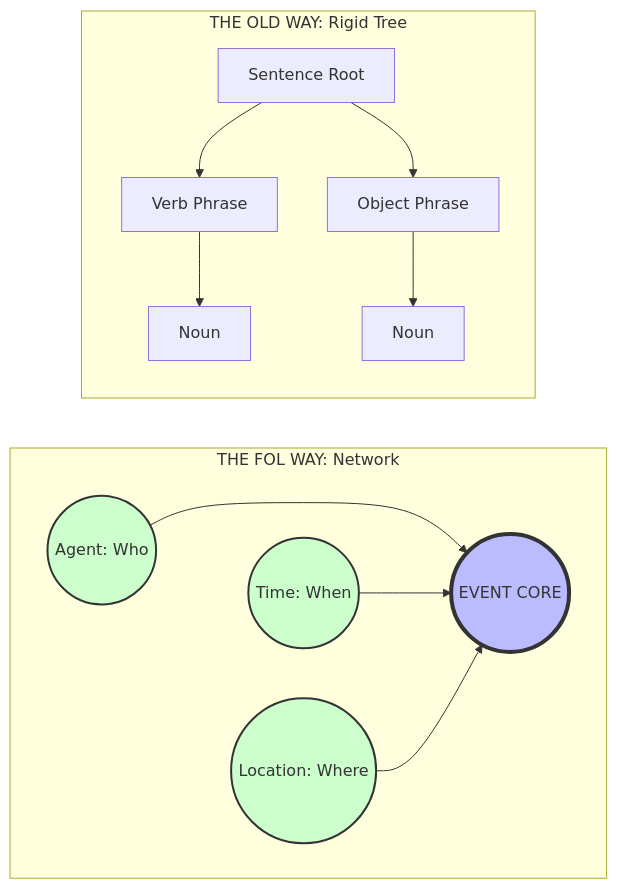
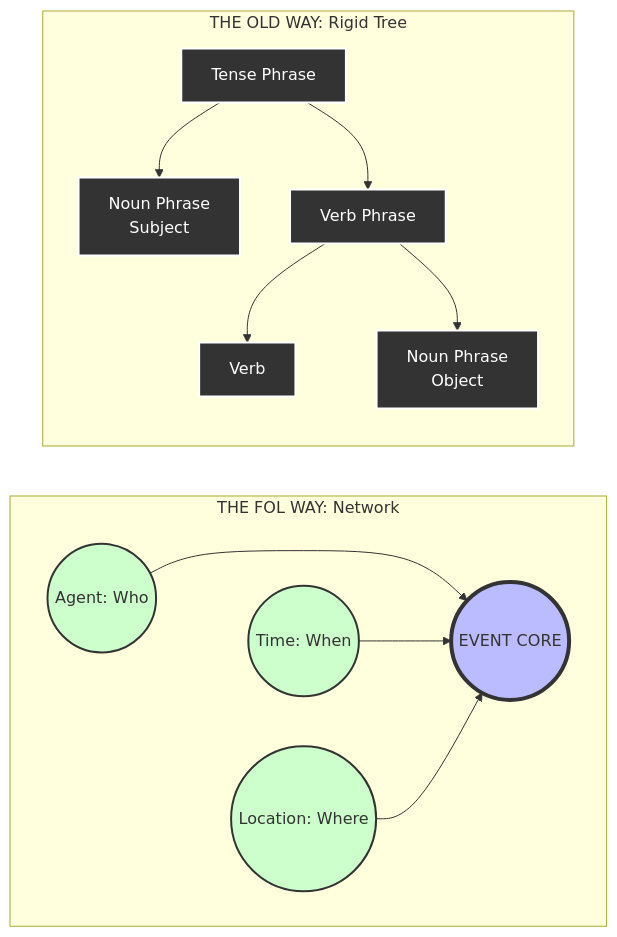
The diagram in README.md (kedi-kat/Free-Order-Logic), drawn with Mermaid before and after one commit.

Commit message:
docs: fix syntax tree hierarchy in README

````diff
--- a/README.md
+++ b/README.md
@@ -42,29 +42,40 @@
 ```mermaid
 graph TD
+    %% --- TOP HALF: THE OLD WAY (Fixed) ---
     subgraph OLD_WAY [THE OLD WAY: Rigid Tree]
         direction TB
-        Root[Sentence Root] --> Verb[Verb Phrase]
-        Root --> Object[Object Phrase]
-        Verb --> V_Noun[Noun]
-        Object --> O_Noun[Noun]
+        TP[Tense Phrase] --> NP_Subj[Noun Phrase<br/>Subject]
+        TP --> VP[Verb Phrase]
+        VP --> V[Verb]
+        VP --> NP_Obj[Noun Phrase<br/>Object]
     end
 
-    %% This hidden link forces the second box to stay BELOW the first one
+    %% --- SPACING HACK (Keeps top separate from bottom) ---
     OLD_WAY ~~~ FOL_WAY
 
+    %% --- BOTTOM HALF: THE FOL WAY (Your Invention) ---
     subgraph FOL_WAY [THE FOL WAY: Network]
         direction LR
         Core((EVENT CORE))
         Agent((Agent: Who))
         Time((Time: When))
         Loc((Location: Where))
         
         Agent & Time & Loc --> Core
         Agent ~~~ Time
     end
     
+    %% --- STYLING ---
+    %% Style for the Old Way (Grey/Boring/Rigid)
+    style TP fill:#333,stroke:#fff,stroke-width:2px,color:#fff
+    style NP_Subj fill:#333,stroke:#fff,stroke-width:2px,color:#fff
+    style VP fill:#333,stroke:#fff,stroke-width:2px,color:#fff
+    style V fill:#333,stroke:#fff,stroke-width:2px,color:#fff
+    style NP_Obj fill:#333,stroke:#fff,stroke-width:2px,color:#fff
+
+    %% Style for the FOL Way (Colorful/Fluid)
     style Core fill:#bbf,stroke:#333,stroke-width:4px
     style Agent fill:#cfc,stroke:#333,stroke-width:2px
     style Time fill:#cfc,stroke:#333,stroke-width:2px
     style Loc fill:#cfc,stroke:#333,stroke-width:2px
 ```
````
